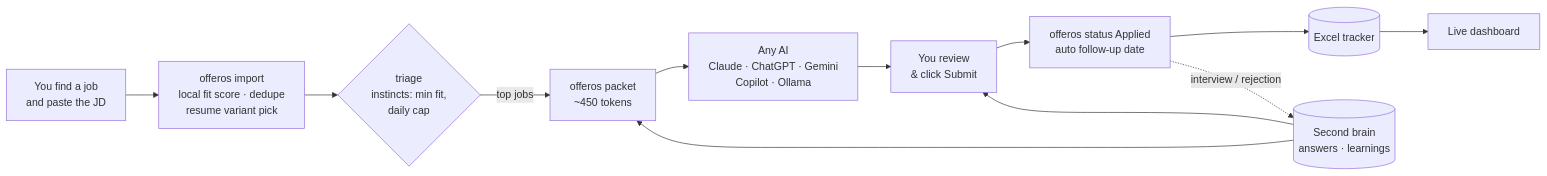
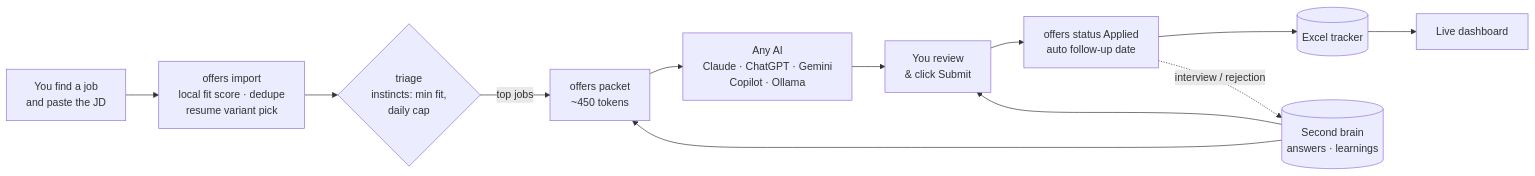
One commit to Sanjayyykumar/Offers-OSS changed the diagram in README.md. Above: the diagram before and after it, drawn with Mermaid. The commit also changed other lines of this file and 33 other files, not shown here.

````diff
--- a/README.md
+++ b/README.md
@@ -146,14 +152,14 @@
 ```mermaid
 flowchart LR
-    A[You find a job<br/>and paste the JD] --> B[offeros import<br/>local fit score · dedupe<br/>resume variant pick]
+    A[You find a job<br/>and paste the JD] --> B[offers import<br/>local fit score · dedupe<br/>resume variant pick]
     B --> C{triage<br/>instincts: min fit,<br/>daily cap}
-    C -->|top jobs| D[offeros packet<br/>~450 tokens]
+    C -->|top jobs| D[offers packet<br/>~450 tokens]
     D --> E[Any AI<br/>Claude · ChatGPT · Gemini<br/>Copilot · Ollama]
     E --> F[You review<br/>& click Submit]
-    F --> G[offeros status Applied<br/>auto follow-up date]
+    F --> G[offers status Applied<br/>auto follow-up date]
     G --> H[(Excel tracker)]
     H --> I[Live dashboard]
     J[(Second brain<br/>answers · learnings)] --> D
     J --> F
     G -. interview / rejection .-> J
 ```
````
